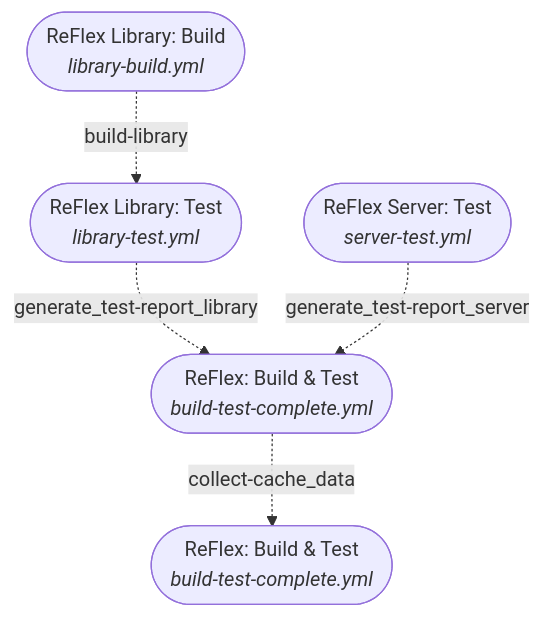
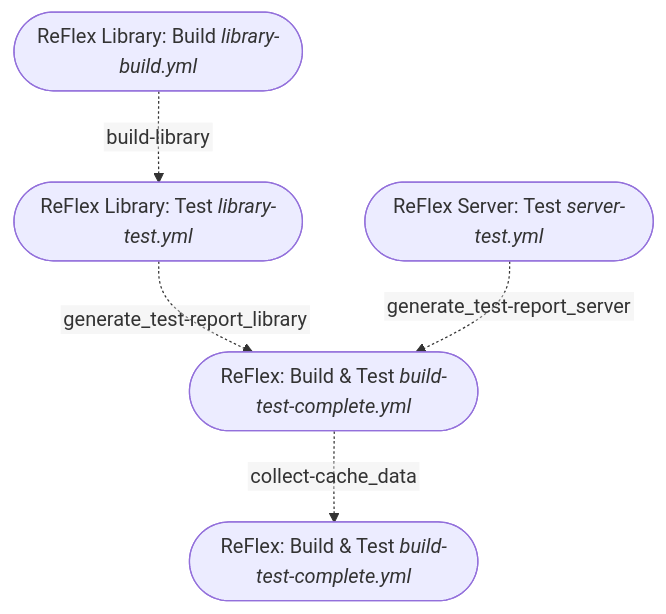
Before and after one commit to visualengineers/reflex: the diagram in readme.md, drawn with Mermaid.

````diff
--- a/readme.md
+++ b/readme.md
@@ -161,26 +161,20 @@
 ```mermaid
+%%{ init: { "flowchart": {"htmlLabels": false}}}%%
+
 flowchart TD
-    A(["`ReFlex Library: Build
-        *library-build.yml*`"]) 
-        -. build-library .-> 
-    B(["`ReFlex Library: Test
-        *library-test.yml*`"])
+    A(["`ReFlex Library: Build *library-build.yml*`"]) 
+    -. build-library .-> 
+    B(["`ReFlex Library: Test *library-test.yml*`"])
 
-    B(["`ReFlex Library: Test
-        *library-test.yml*`"])
-        -. generate_test-report_library .->
-    D(["`ReFlex: Build & Test
-        *build-test-complete.yml*`"])
+    B(["`ReFlex Library: Test *library-test.yml*`"])
+    -. generate_test-report_library .->
+    D(["`ReFlex: Build & Test *build-test-complete.yml*`"])
 
-    C(["`ReFlex Server: Test
-        *server-test.yml*`"])
-        -. generate_test-report_server .->
-    D(["`ReFlex: Build & Test
-        *build-test-complete.yml*`"])
+    C(["`ReFlex Server: Test *server-test.yml*`"])
+    -. generate_test-report_server .->
+    D(["`ReFlex: Build & Test *build-test-complete.yml*`"])
 
-    D(["`ReFlex: Build & Test
-        *build-test-complete.yml*`"])
-        -. collect-cache_data .->
-    E(["`ReFlex: Build & Test
-        *build-test-complete.yml*`"])
+    D(["`ReFlex: Build & Test *build-test-complete.yml*`"])
+    -. collect-cache_data .->
+    E(["`ReFlex: Build & Test *build-test-complete.yml*`"])
 ```
````
